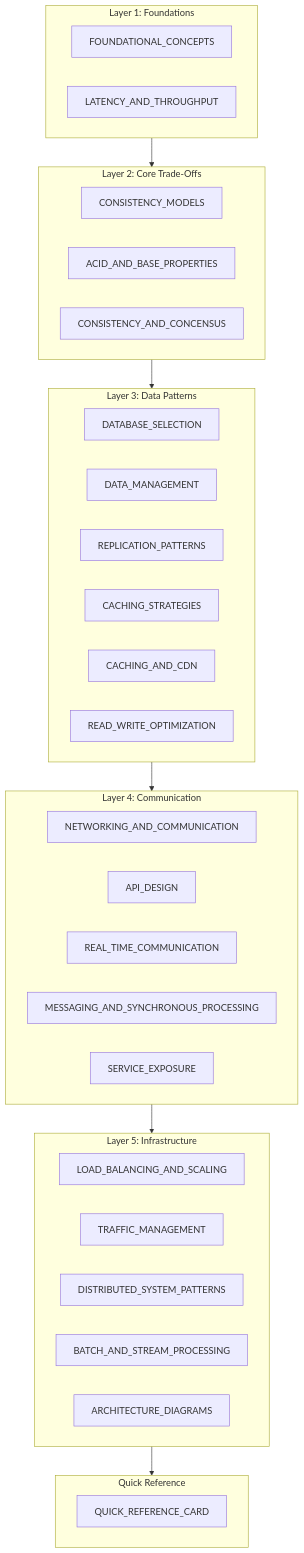
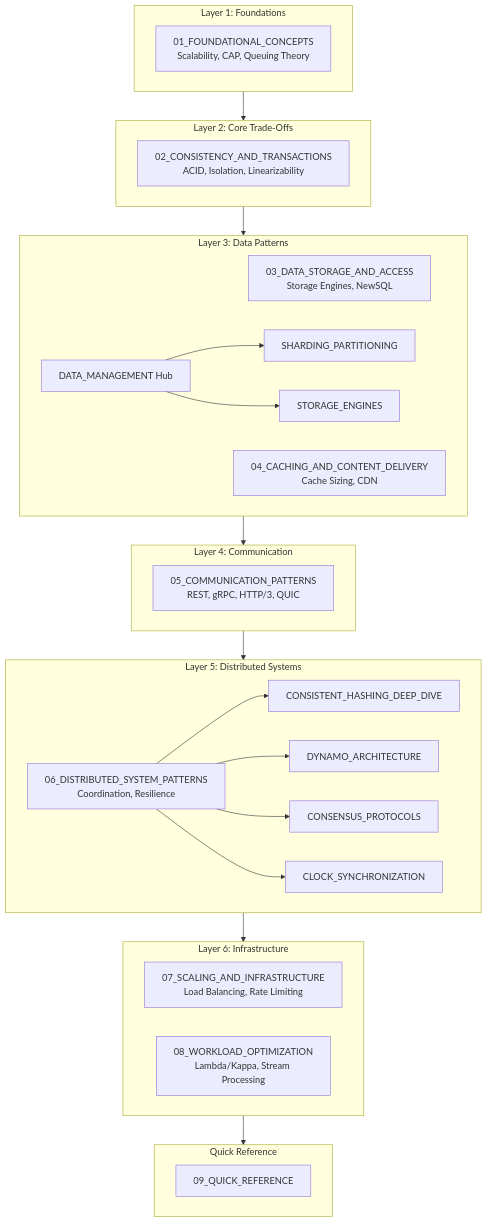
The second of 7 diagrams in README.md (ae-lexs/system_design), drawn with Mermaid before and after one commit. The commit also changed other lines of this file and 10 other files, not shown here.

````diff
--- a/README.md
+++ b/README.md
@@ -89,48 +89,53 @@
 ```mermaid
 graph TB
     subgraph Layer1["Layer 1: Foundations"]
-        F1[FOUNDATIONAL_CONCEPTS]
-        F2[LATENCY_AND_THROUGHPUT]
+        F1[01_FOUNDATIONAL_CONCEPTS<br/>Scalability, CAP, Queuing Theory]
     end
-    
+
     subgraph Layer2["Layer 2: Core Trade-Offs"]
-        C1[CONSISTENCY_MODELS]
-        C2[ACID_AND_BASE_PROPERTIES]
-        C3[CONSISTENCY_AND_CONCENSUS]
+        C1[02_CONSISTENCY_AND_TRANSACTIONS<br/>ACID, Isolation, Linearizability]
     end
-    
+
     subgraph Layer3["Layer 3: Data Patterns"]
-        D1[DATABASE_SELECTION]
-        D2[DATA_MANAGEMENT]
-        D3[REPLICATION_PATTERNS]
-        D4[CACHING_STRATEGIES]
-        D5[CACHING_AND_CDN]
-        D6[READ_WRITE_OPTIMIZATION]
+        D1[03_DATA_STORAGE_AND_ACCESS<br/>Storage Engines, NewSQL]
+        D2[DATA_MANAGEMENT Hub]
+        D3[SHARDING_PARTITIONING]
+        D4[STORAGE_ENGINES]
+        D5[04_CACHING_AND_CONTENT_DELIVERY<br/>Cache Sizing, CDN]
     end
-    
+
     subgraph Layer4["Layer 4: Communication"]
-        M1[NETWORKING_AND_COMMUNICATION]
-        M2[API_DESIGN]
-        M3[REAL_TIME_COMMUNICATION]
-        M4[MESSAGING_AND_SYNCHRONOUS_PROCESSING]
-        M5[SERVICE_EXPOSURE]
+        M1[05_COMMUNICATION_PATTERNS<br/>REST, gRPC, HTTP/3, QUIC]
     end
-    
-    subgraph Layer5["Layer 5: Infrastructure"]
-        I1[LOAD_BALANCING_AND_SCALING]
-        I2[TRAFFIC_MANAGEMENT]
-        I3[DISTRIBUTED_SYSTEM_PATTERNS]
-        I4[BATCH_AND_STREAM_PROCESSING]
-        I5[ARCHITECTURE_DIAGRAMS]
+
+    subgraph Layer5["Layer 5: Distributed Systems"]
+        I1[06_DISTRIBUTED_SYSTEM_PATTERNS<br/>Coordination, Resilience]
+        I2[CONSISTENT_HASHING_DEEP_DIVE]
+        I3[DYNAMO_ARCHITECTURE]
+        I4[CONSENSUS_PROTOCOLS]
+        I5[CLOCK_SYNCHRONIZATION]
     end
-    
+
+    subgraph Layer6["Layer 6: Infrastructure"]
+        S1[07_SCALING_AND_INFRASTRUCTURE<br/>Load Balancing, Rate Limiting]
+        S2[08_WORKLOAD_OPTIMIZATION<br/>Lambda/Kappa, Stream Processing]
+    end
+
     subgraph Reference["Quick Reference"]
-        R1[QUICK_REFERENCE_CARD]
+        R1[09_QUICK_REFERENCE]
     end
-    
+
     Layer1 --> Layer2
     Layer2 --> Layer3
     Layer3 --> Layer4
     Layer4 --> Layer5
-    Layer5 --> Reference
+    Layer5 --> Layer6
+    Layer6 --> Reference
+
+    D2 --> D3
+    D2 --> D4
+    I1 --> I2
+    I1 --> I3
+    I1 --> I4
+    I1 --> I5
 ```
````
